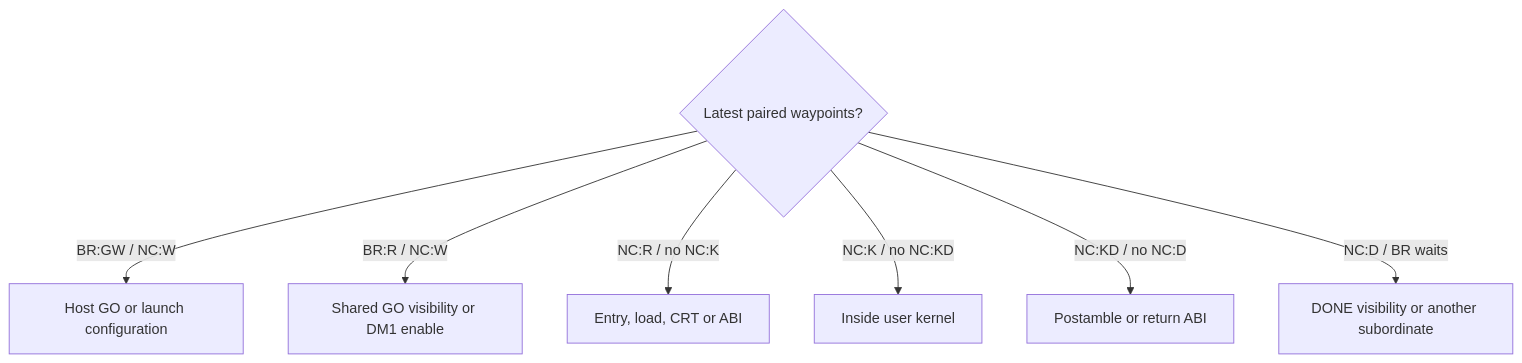
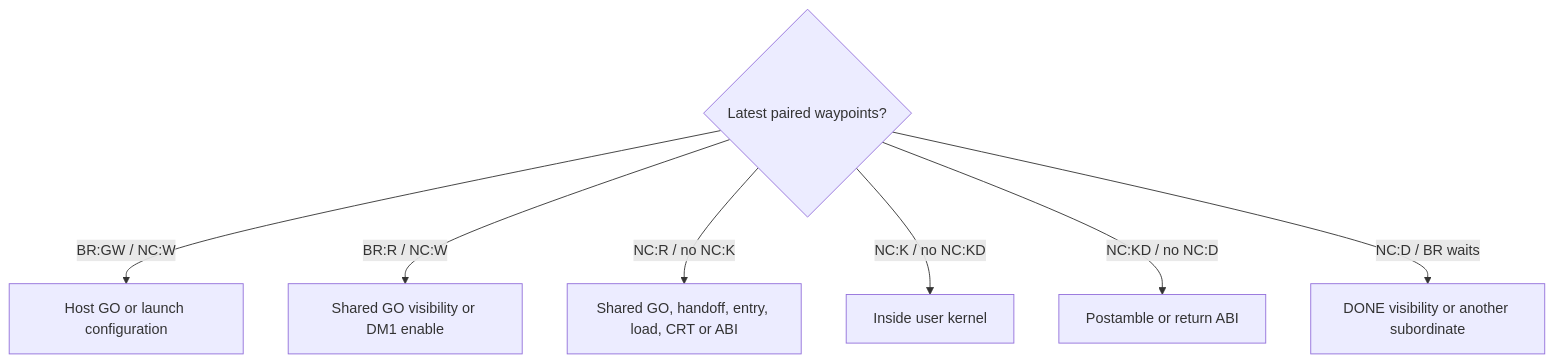
Before and after one commit to buicongnguyen/tt-sim: the seventh of 12 diagrams in public/DISCUSSION_BLACKHOLE_BRINGUP.md, drawn with Mermaid. The commit also changed other lines of this file and 4 other files, not shown here.

````diff
--- a/public/DISCUSSION_BLACKHOLE_BRINGUP.md
+++ b/public/DISCUSSION_BLACKHOLE_BRINGUP.md
@@ -237,10 +547,10 @@
 ```mermaid
 flowchart TD
     W{Latest paired waypoints?}
     W -->|BR:GW / NC:W| H[Host GO or launch configuration]
     W -->|BR:R / NC:W| S[Shared GO visibility or DM1 enable]
-    W -->|NC:R / no NC:K| E[Entry, load, CRT or ABI]
+    W -->|NC:R / no NC:K| E[Shared GO, handoff, entry, load, CRT or ABI]
     W -->|NC:K / no NC:KD| U[Inside user kernel]
     W -->|NC:KD / no NC:D| P[Postamble or return ABI]
     W -->|NC:D / BR waits| D[DONE visibility or another subordinate]
 ```
````
